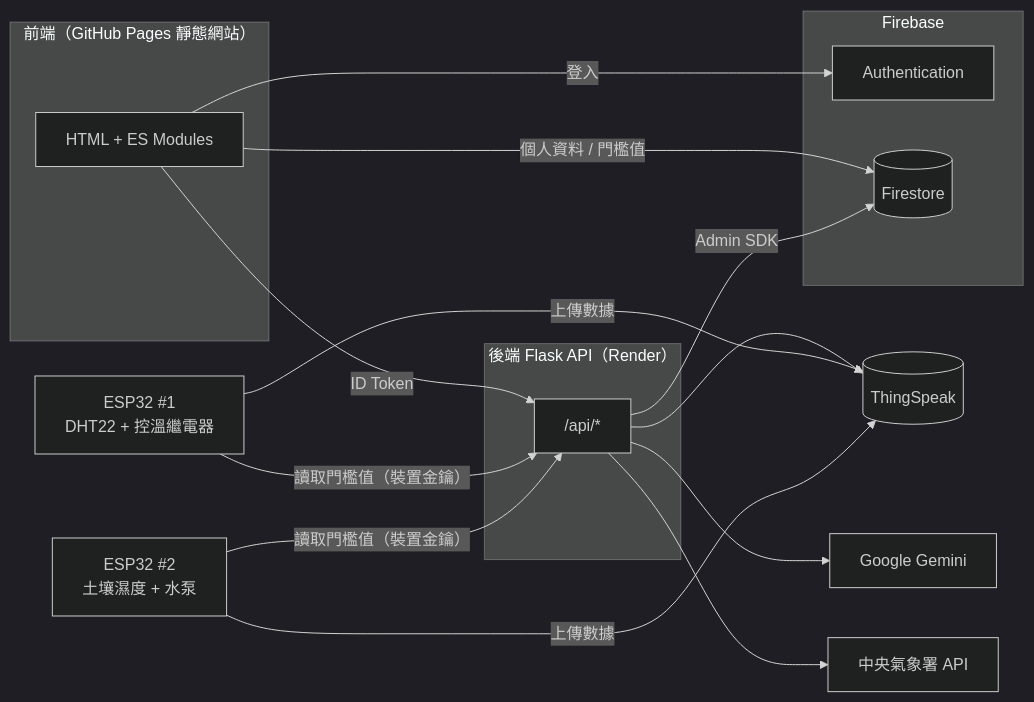
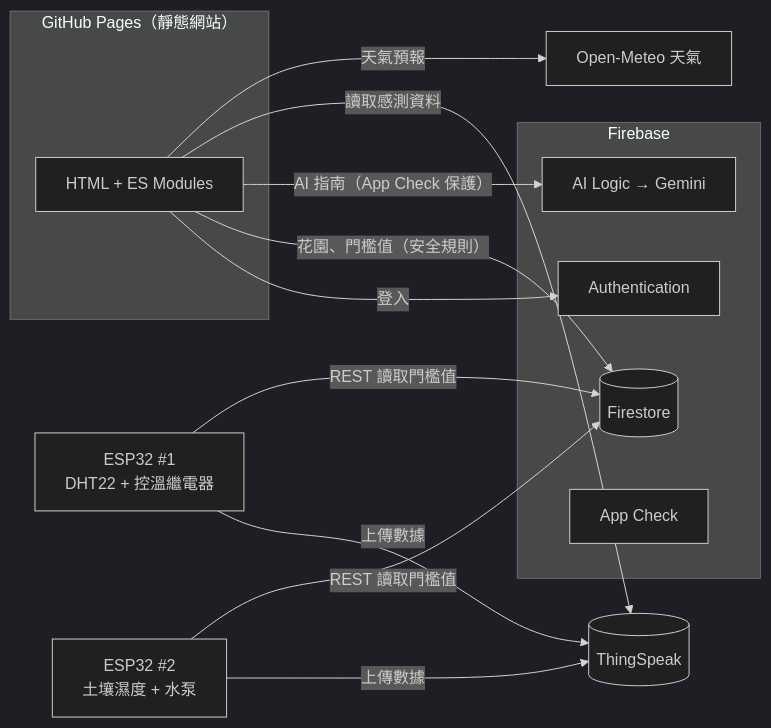
The diagram in README.md (alanpass/Capstone_Project), drawn with Mermaid (dark theme) before and after one commit. The commit also changed other lines of this file and 44 other files, not shown here.

First line of the commit message:
Go serverless: Firebase AI Logic, Open-Meteo, direct Firestore access

````diff
--- a/README.md
+++ b/README.md
@@ -23,28 +25,24 @@
 ```mermaid
 flowchart LR
-  subgraph Browser["前端（GitHub Pages 靜態網站）"]
+  subgraph Pages["GitHub Pages（靜態網站）"]
     UI["HTML + ES Modules"]
   end
   subgraph Firebase
     Auth["Authentication"]
     FS[("Firestore")]
-  end
-  subgraph API["後端 Flask API（Render）"]
-    Flask["/api/*"]
+    AIL["AI Logic → Gemini"]
+    AC["App Check"]
   end
   ESP1["ESP32 #1<br/>DHT22 + 控溫繼電器"]
   ESP2["ESP32 #2<br/>土壤濕度 + 水泵"]
   TS[("ThingSpeak")]
-  Gemini["Google Gemini"]
-  CWA["中央氣象署 API"]
+  OM["Open-Meteo 天氣"]
 
   UI -- 登入 --> Auth
-  UI -- 個人資料 / 門檻值 --> FS
-  UI -- "ID Token" --> Flask
-  Flask -- Admin SDK --> FS
-  Flask --> Gemini
-  Flask --> CWA
-  Flask --> TS
+  UI -- "花園、門檻值（安全規則）" --> FS
+  UI -- "AI 指南（App Check 保護）" --> AIL
+  UI -- 讀取感測資料 --> TS
+  UI -- 天氣預報 --> OM
   ESP1 & ESP2 -- 上傳數據 --> TS
-  ESP1 & ESP2 -- "讀取門檻值（裝置金鑰）" --> Flask
+  ESP1 & ESP2 -- "REST 讀取門檻值" --> FS
 ```
````
